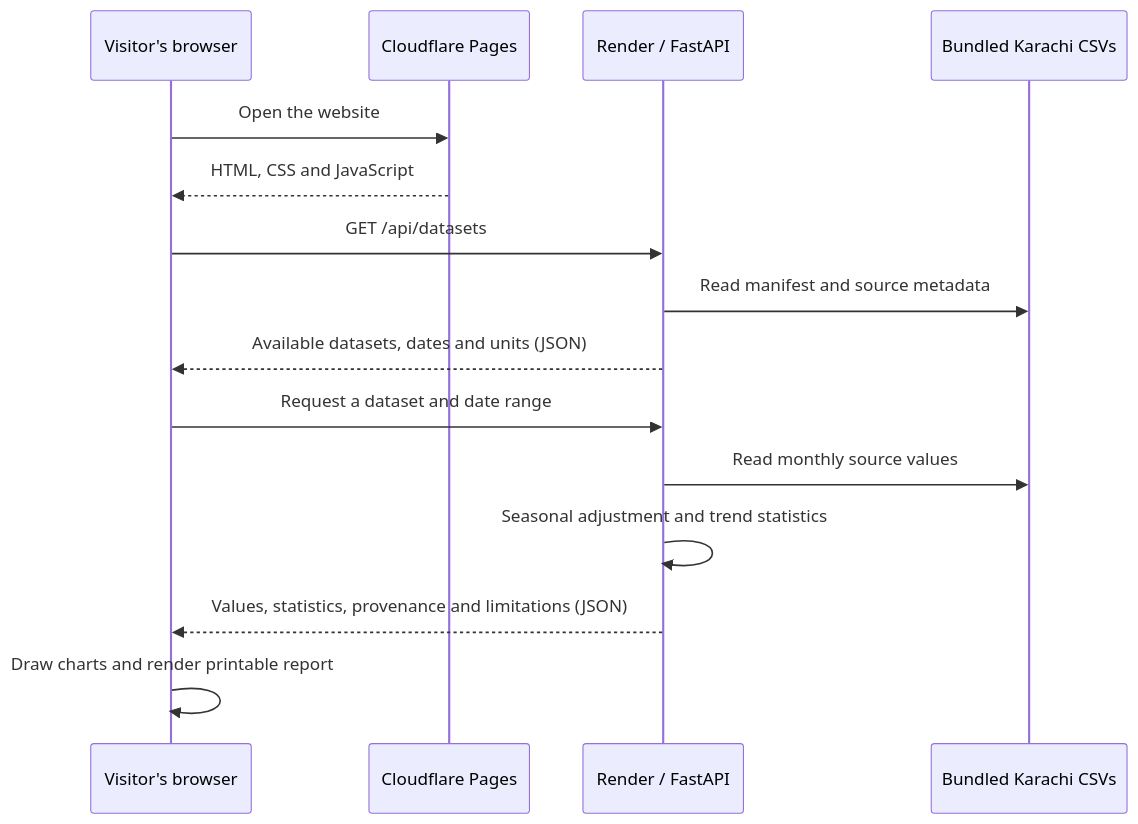
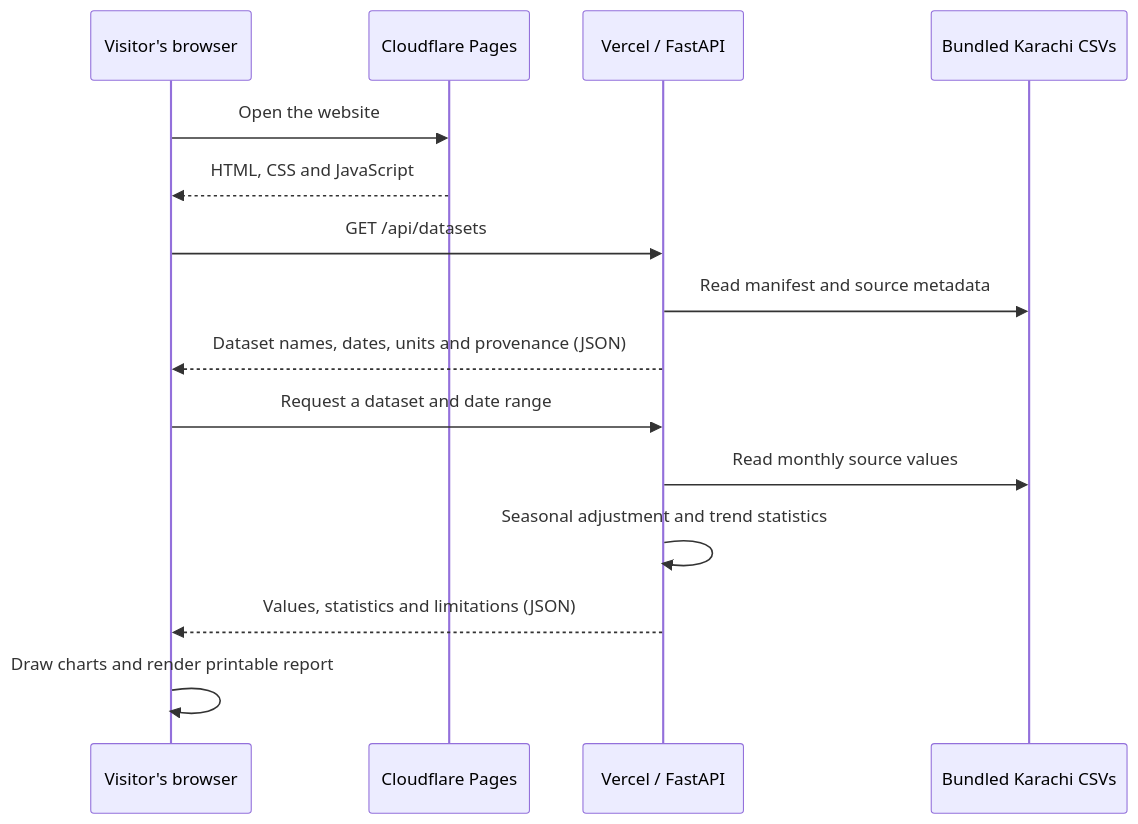
One commit to codewithaayan/Nasa-Space-Apps-Challenge-Team-Aetherion changed the diagram in docs/DEPLOYMENT.md. Above: the diagram before and after it, drawn with Mermaid. The commit also changed other lines of this file and 12 other files, not shown here.

````diff
--- a/docs/DEPLOYMENT.md
+++ b/docs/DEPLOYMENT.md
@@ -17,17 +29,17 @@
 ```mermaid
 sequenceDiagram
-    participant U as Visitor's browser
+    participant B as Visitor's browser
     participant C as Cloudflare Pages
-    participant R as Render / FastAPI
+    participant V as Vercel / FastAPI
     participant D as Bundled Karachi CSVs
-    U->>C: Open the website
-    C-->>U: HTML, CSS and JavaScript
-    U->>R: GET /api/datasets
-    R->>D: Read manifest and source metadata
-    R-->>U: Available datasets, dates and units (JSON)
-    U->>R: Request a dataset and date range
-    R->>D: Read monthly source values
-    R->>R: Seasonal adjustment and trend statistics
-    R-->>U: Values, statistics, provenance and limitations (JSON)
-    U->>U: Draw charts and render printable report
+    B->>C: Open the website
+    C-->>B: HTML, CSS and JavaScript
+    B->>V: GET /api/datasets
+    V->>D: Read manifest and source metadata
+    V-->>B: Dataset names, dates, units and provenance (JSON)
+    B->>V: Request a dataset and date range
+    V->>D: Read monthly source values
+    V->>V: Seasonal adjustment and trend statistics
+    V-->>B: Values, statistics and limitations (JSON)
+    B->>B: Draw charts and render printable report
 ```
````
